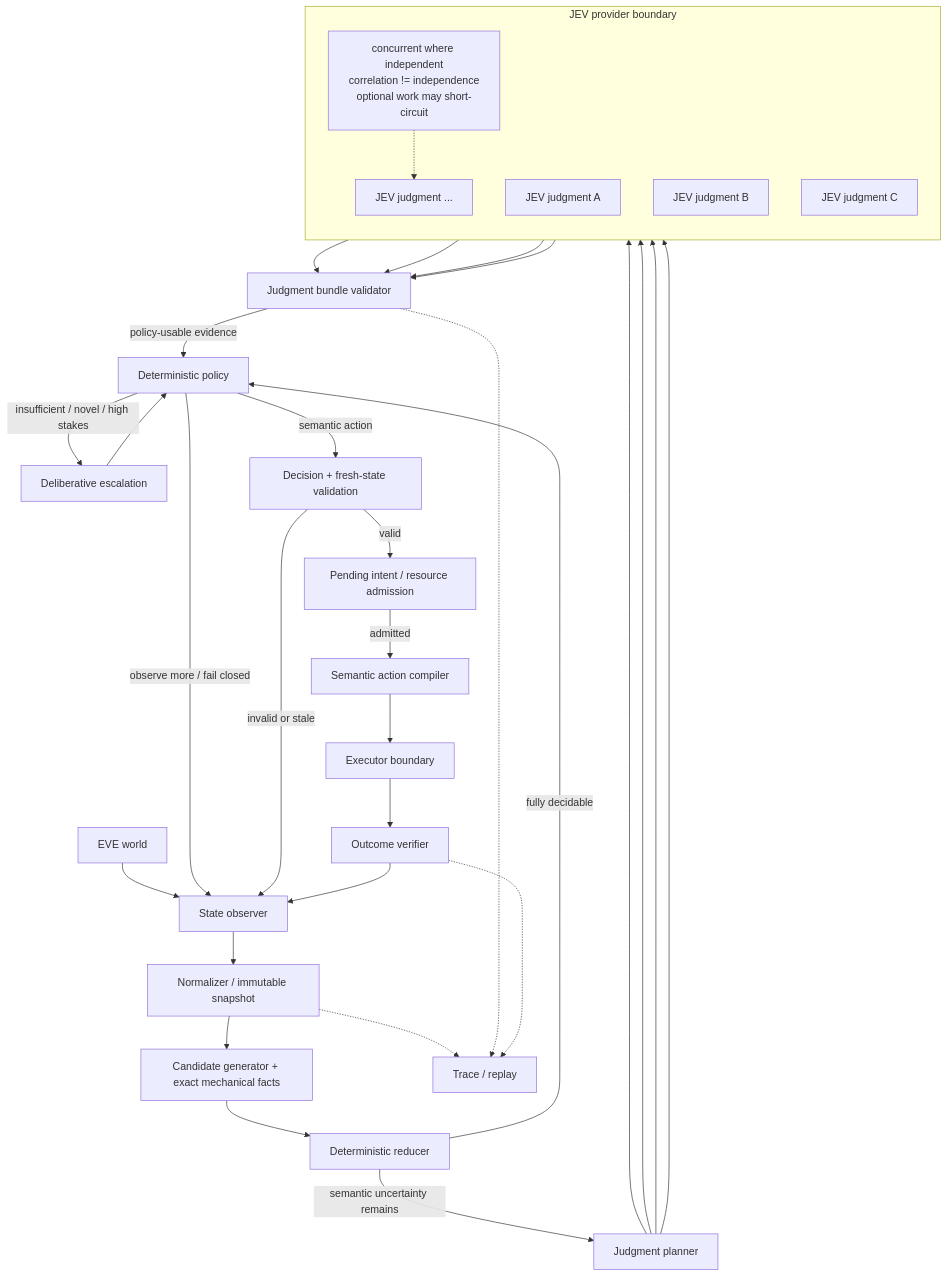
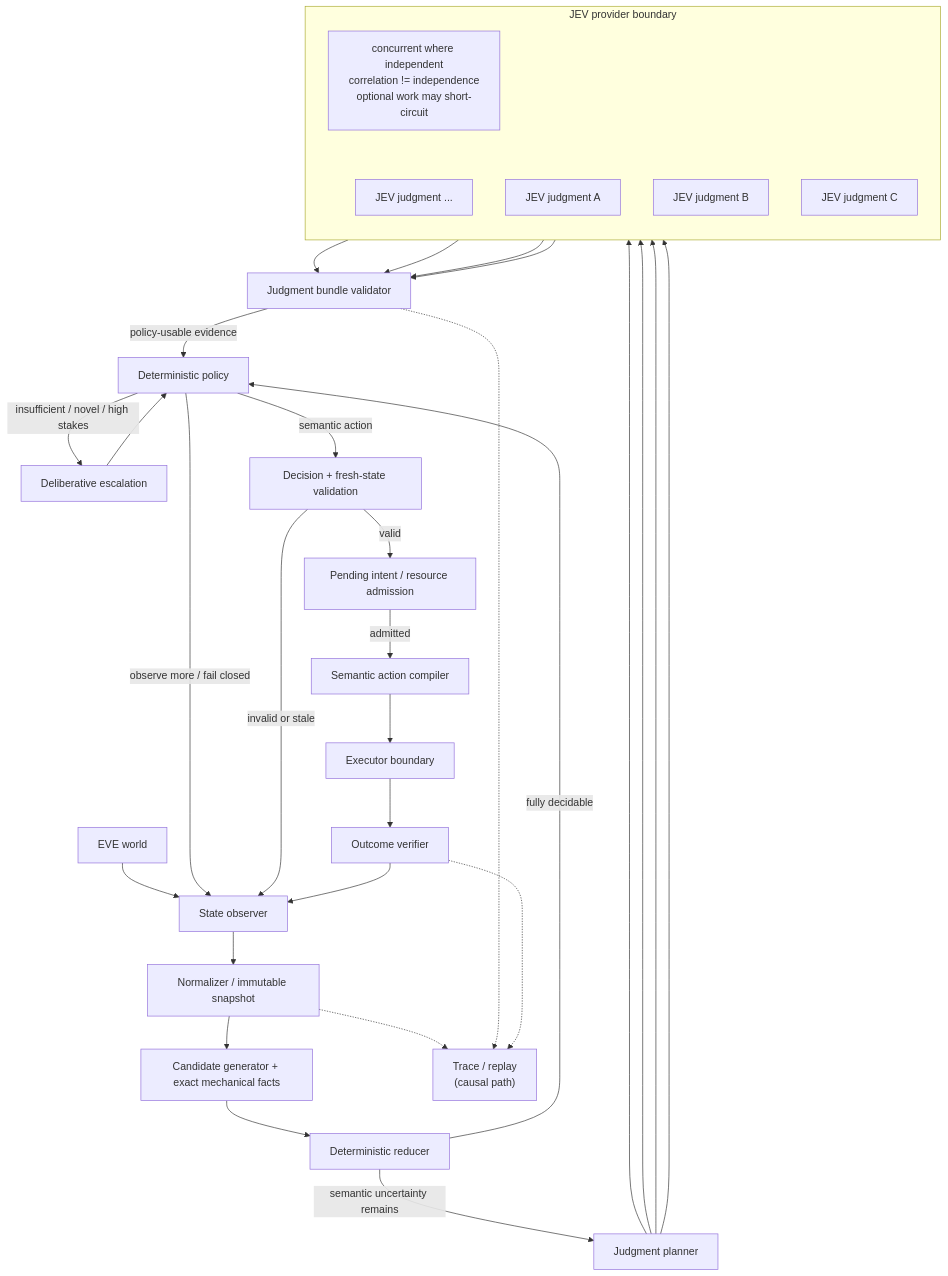
The diagram in README.md (4i7/JEVe), drawn with Mermaid before and after one commit.

Commit message:
Polish architecture Mermaid annotations

````diff
--- a/README.md
+++ b/README.md
@@ -101,53 +101,53 @@
 ```mermaid
 flowchart TD
     W[EVE world] --> O[State observer]
     O --> N[Normalizer / immutable snapshot]
     N --> C[Candidate generator + exact mechanical facts]
     C --> R[Deterministic reducer]
 
     R -->|fully decidable| P[Deterministic policy]
     R -->|semantic uncertainty remains| JP[Judgment planner]
 
     subgraph JPB[JEV provider boundary]
         direction TB
 
         JA["concurrent where independent<br/>correlation != independence<br/>optional work may short-circuit"]
 
         Q1[JEV judgment A]
         Q2[JEV judgment B]
         Q3[JEV judgment C]
         QN[JEV judgment ...]
 
-        JA -.-> QN
+        JA ~~~ QN
     end
 
     JP --> Q1
     JP --> Q2
     JP --> Q3
     JP --> QN
 
     Q1 --> JB[Judgment bundle validator]
     Q2 --> JB
     Q3 --> JB
     QN --> JB
 
     JB -->|policy-usable evidence| P
 
     P -->|insufficient / novel / high stakes| D[Deliberative escalation]
     D --> P
 
     P -->|semantic action| V[Decision + fresh-state validation]
     P -->|observe more / fail closed| O
 
     V -->|invalid or stale| O
     V -->|valid| I[Pending intent / resource admission]
     I -->|admitted| A[Semantic action compiler]
     A --> E[Executor boundary]
     E --> Q[Outcome verifier]
     Q --> O
 
-    T[Trace / replay]
+    T["Trace / replay<br/>(causal path)"]
     N -.-> T
     JB -.-> T
     Q -.-> T
 ```
````
